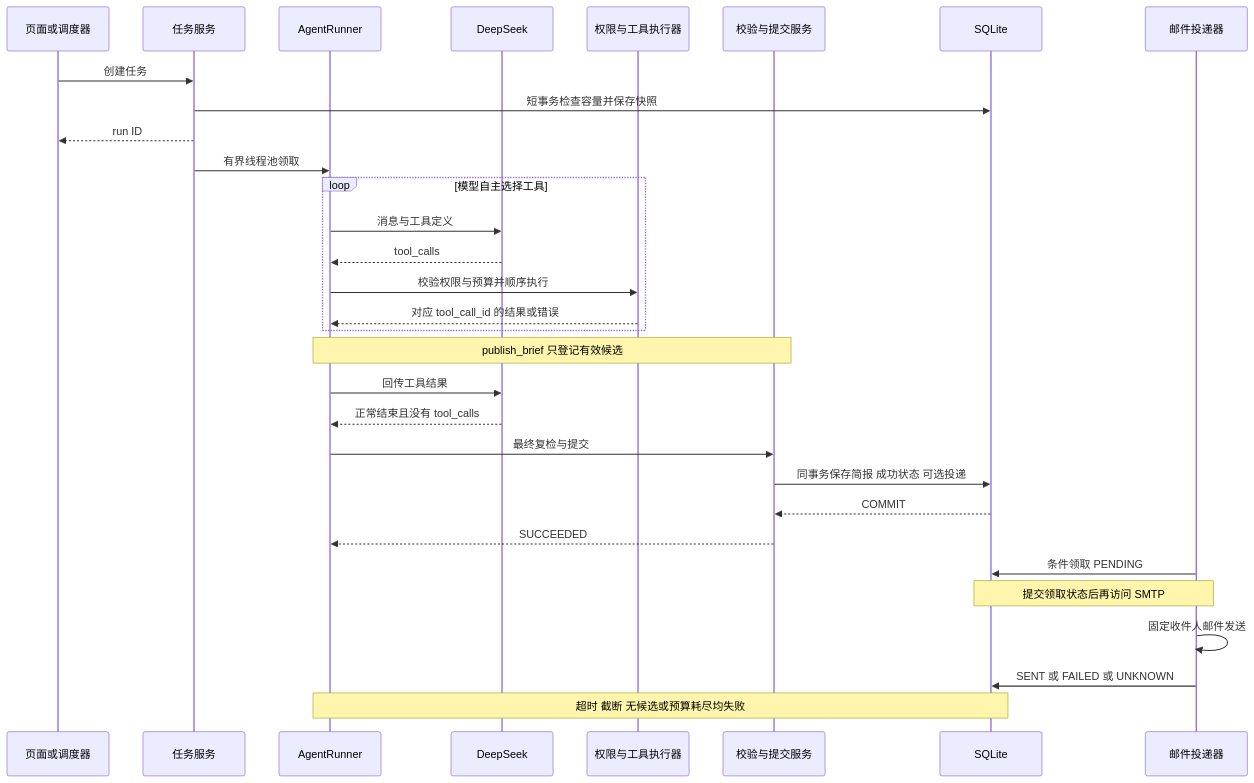
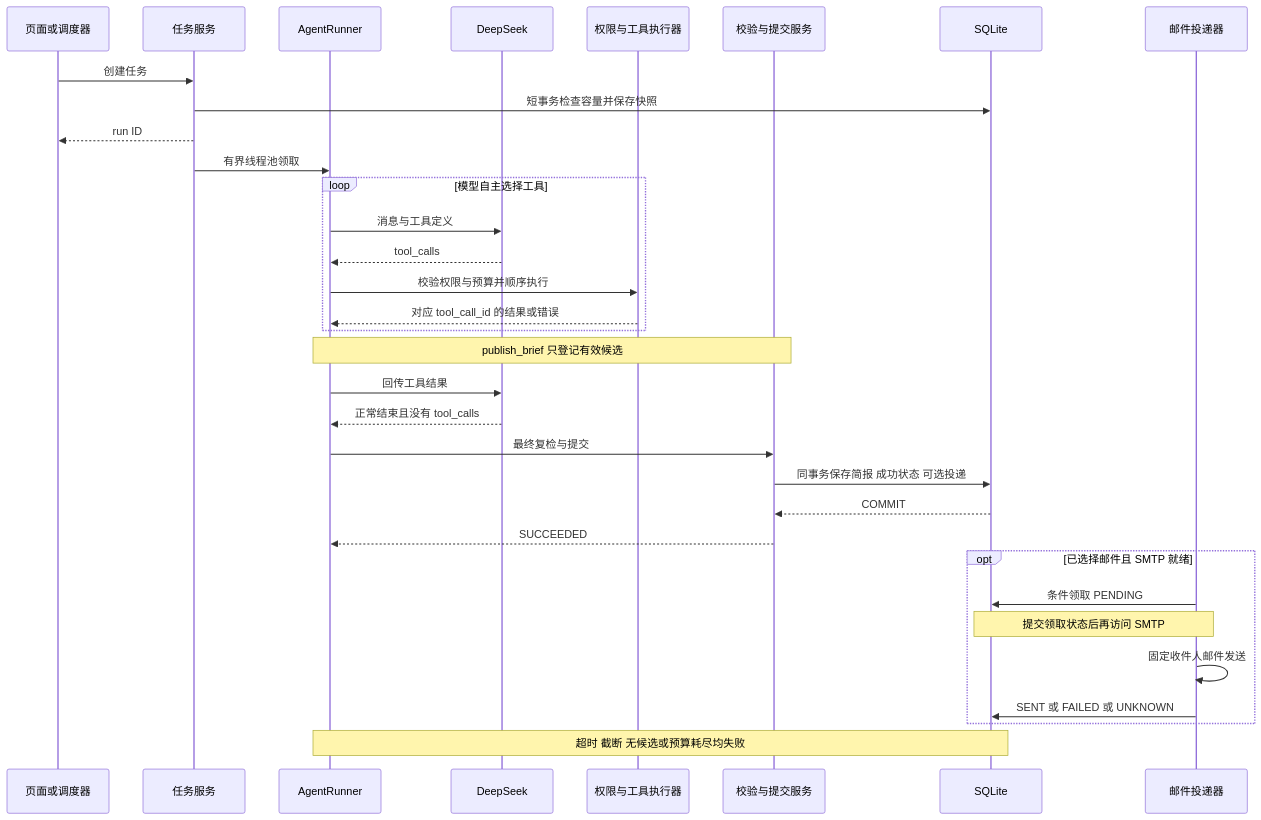
One commit to xiaoyixin3/ai-news-agent changed the diagram in docs/diagrams/02-sequence.mmd. Above: the diagram before and after it, drawn with Mermaid. The commit also changed 17 other files, not shown here.

Commit message:
docs: align revised architecture and record scheduled live acceptance

```diff
--- a/docs/diagrams/02-sequence.mmd
+++ b/docs/diagrams/02-sequence.mmd
@@ -1,31 +1,33 @@
 sequenceDiagram
   participant U as 页面或调度器
   participant R as 任务服务
   participant A as AgentRunner
   participant L as DeepSeek
   participant T as 权限与工具执行器
   participant C as 校验与提交服务
   participant D as SQLite
   participant E as 邮件投递器
   U->>R: 创建任务
   R->>D: 短事务检查容量并保存快照
   R-->>U: run ID
   R->>A: 有界线程池领取
   loop 模型自主选择工具
     A->>L: 消息与工具定义
     L-->>A: tool_calls
     A->>T: 校验权限与预算并顺序执行
     T-->>A: 对应 tool_call_id 的结果或错误
   end
   Note over A,C: publish_brief 只登记有效候选
   A->>L: 回传工具结果
   L-->>A: 正常结束且没有 tool_calls
   A->>C: 最终复检与提交
   C->>D: 同事务保存简报 成功状态 可选投递
   D-->>C: COMMIT
   C-->>A: SUCCEEDED
-  E->>D: 条件领取 PENDING
-  Note over D,E: 提交领取状态后再访问 SMTP
-  E->>E: 固定收件人邮件发送
-  E->>D: SENT 或 FAILED 或 UNKNOWN
+  opt 已选择邮件且 SMTP 就绪
+    E->>D: 条件领取 PENDING
+    Note over D,E: 提交领取状态后再访问 SMTP
+    E->>E: 固定收件人邮件发送
+    E->>D: SENT 或 FAILED 或 UNKNOWN
+  end
   Note over A,D: 超时 截断 无候选或预算耗尽均失败
```
